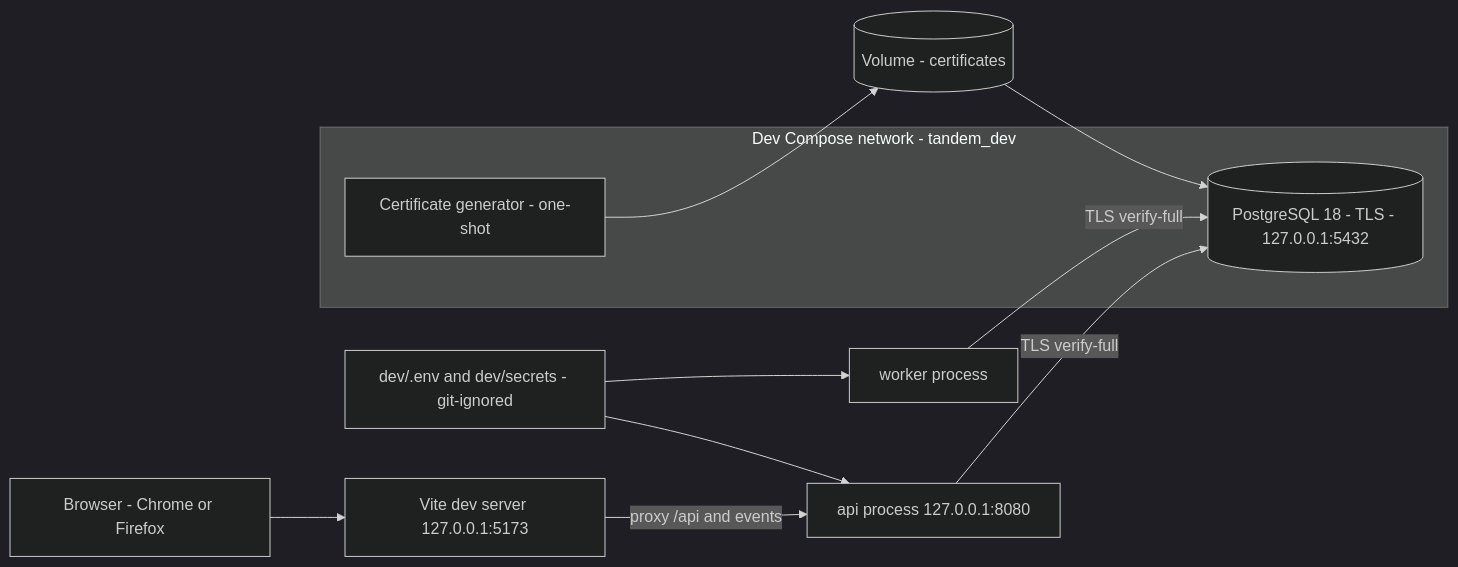
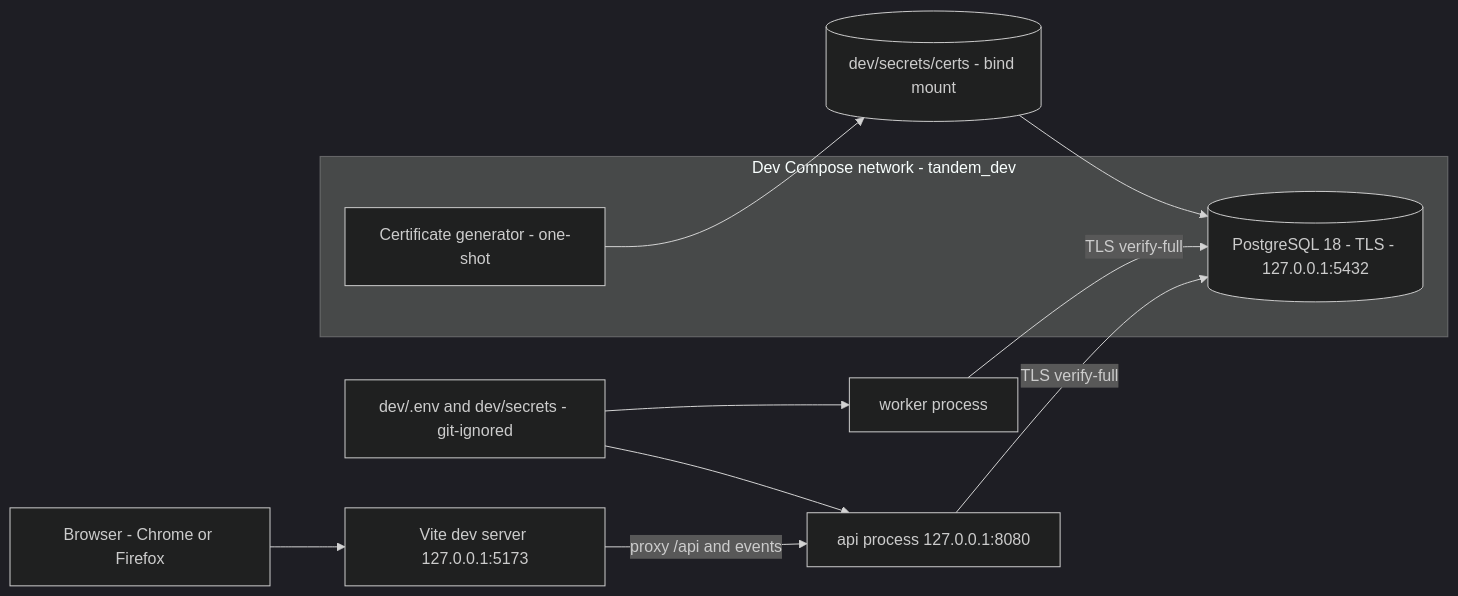
The first of 2 diagrams in aidlc-docs/construction/u1-foundation/infrastructure-design/deployment-architecture.md (hawsen-the-first/tandem), drawn with Mermaid (dark theme) before and after one commit. The commit also changed other lines of this file and 6 other files, not shown here.

````diff
--- a/aidlc-docs/construction/u1-foundation/infrastructure-design/deployment-architecture.md
+++ b/aidlc-docs/construction/u1-foundation/infrastructure-design/deployment-architecture.md
@@ -7,22 +7,22 @@
 ```mermaid
 flowchart LR
     Browser["Browser - Chrome or Firefox"]
     Vite["Vite dev server 127.0.0.1:5173"]
     Api["api process 127.0.0.1:8080"]
     Worker["worker process"]
     subgraph Compose["Dev Compose network - tandem_dev"]
         Db[("PostgreSQL 18 - TLS - 127.0.0.1:5432")]
         Cert["Certificate generator - one-shot"]
     end
-    Certs[("Volume - certificates")]
+    Certs[("dev/secrets/certs - bind mount")]
     Secrets["dev/.env and dev/secrets - git-ignored"]
 
     Browser --> Vite
     Vite -->|"proxy /api and events"| Api
     Api -->|"TLS verify-full"| Db
     Worker -->|"TLS verify-full"| Db
     Cert --> Certs
     Certs --> Db
     Secrets --> Api
     Secrets --> Worker
 ```
````
